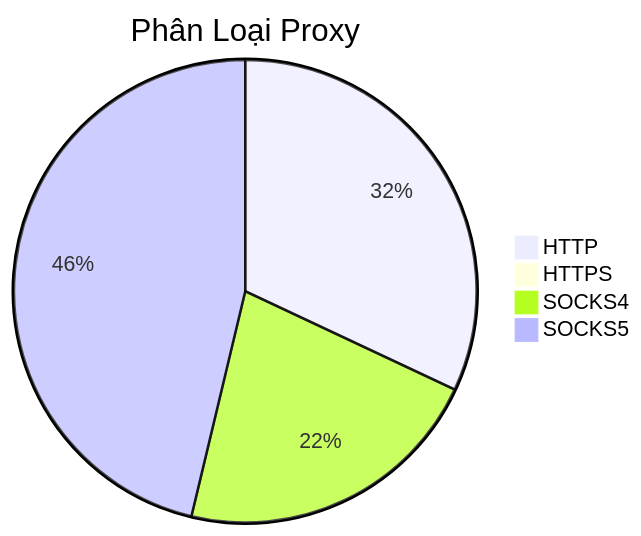
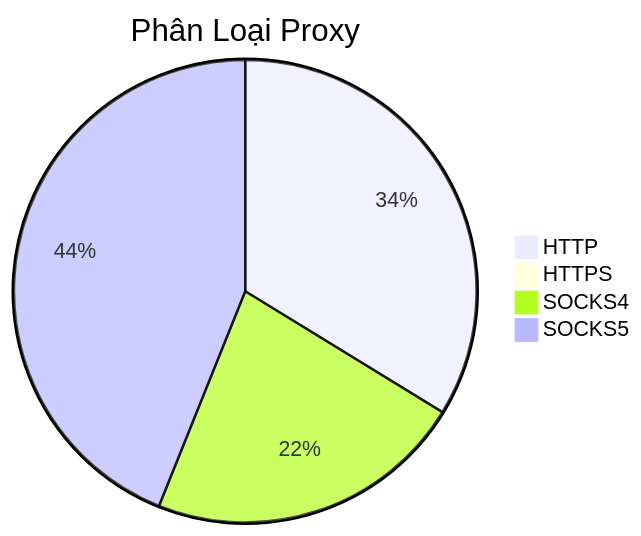
One commit to Ciara-12/PROXY-free changed the diagram in README.md. Above: the diagram before and after it, drawn with Mermaid. The commit also changed other lines of this file and 4 other files, not shown here.

````diff
--- a/README.md
+++ b/README.md
@@ -26,7 +26,7 @@
 ```mermaid
 pie title Phân Loại Proxy
-    "HTTP" : 569
-    "HTTPS" : 1
-    "SOCKS4" : 387
-    "SOCKS5" : 823
+    "HTTP" : 694
+    "HTTPS" : 2
+    "SOCKS4" : 459
+    "SOCKS5" : 903
 ```
````
